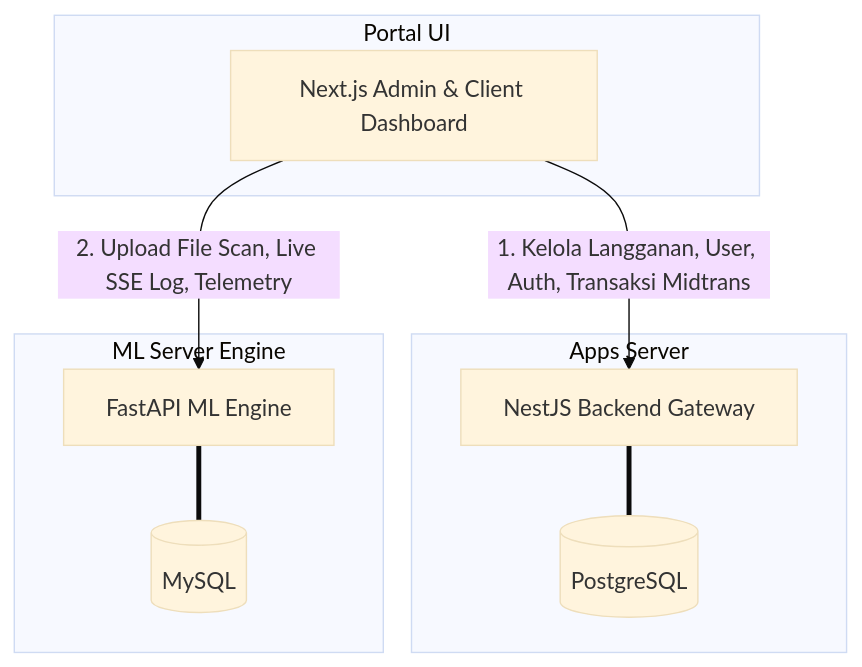
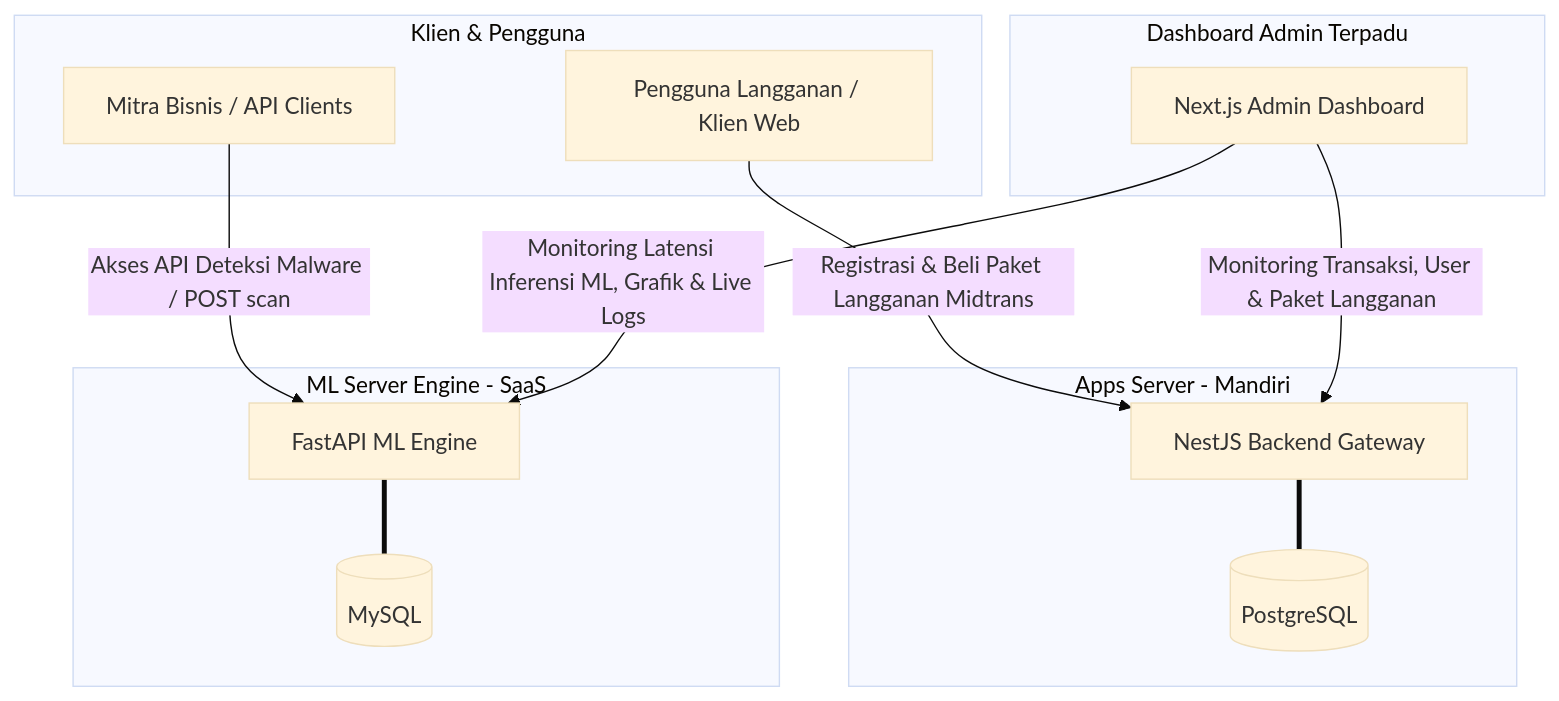
Before and after one commit to fahdaja/mangodefend: the diagram in README.md, drawn with Mermaid (base theme). The commit also changed other lines of this file, not shown here.

````diff
--- a/README.md
+++ b/README.md
@@ -32,21 +31,31 @@
 ```mermaid
 graph TD
-    subgraph Frontend [Portal UI]
-        UI[Next.js Admin & Client Dashboard]
+    subgraph Aktor [Klien & Pengguna]
+        Mitra[Mitra Bisnis / API Clients]
+        User[Pengguna Langganan / Klien Web]
     end
 
-    subgraph Backend_Apps [Apps Server]
+    subgraph Portal_Dashboard [Dashboard Admin Terpadu]
+        UI[Next.js Admin Dashboard]
+    end
+
+    subgraph Backend_Apps [Apps Server - Mandiri]
         Nest[NestJS Backend Gateway]
         Postgres[(PostgreSQL)]
         Nest === Postgres
     end
 
-    subgraph Backend_ML [ML Server Engine]
+    subgraph Backend_ML [ML Server Engine - SaaS]
         FastAPI[FastAPI ML Engine]
         MySQL[(MySQL)]
         FastAPI === MySQL
     end
 
-    UI -->|1. Kelola Langganan, User, Auth, Transaksi Midtrans| Nest
-    UI -->|2. Upload File Scan, Live SSE Log, Telemetry| FastAPI
+    %% Alur Kerja Pengguna
+    Mitra -->|Akses API Deteksi Malware / POST scan| FastAPI
+    User -->|Registrasi & Beli Paket Langganan Midtrans| Nest
+
+    %% Alur Kerja Monitoring Terpadu
+    UI -->|Monitoring Transaksi, User & Paket Langganan| Nest
+    UI -->|Monitoring Latensi Inferensi ML, Grafik & Live Logs| FastAPI
 ```
````
